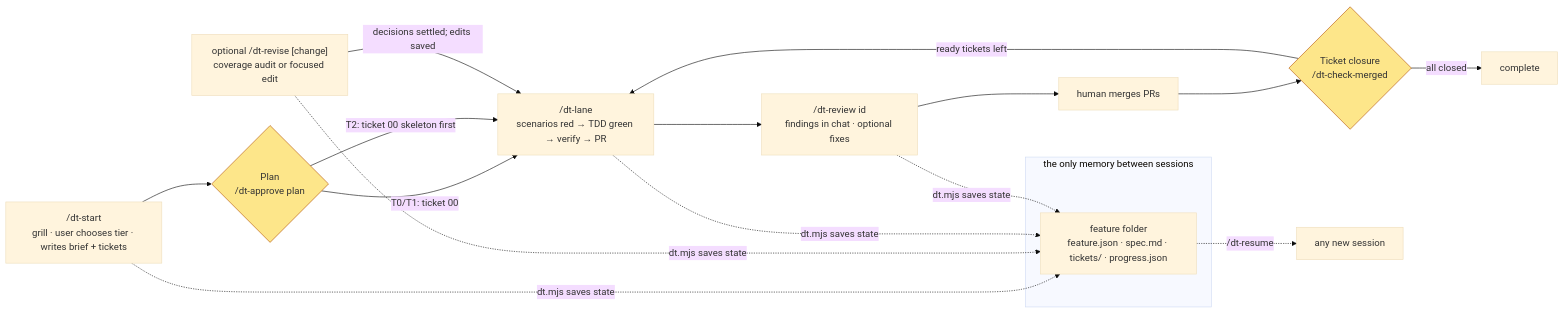
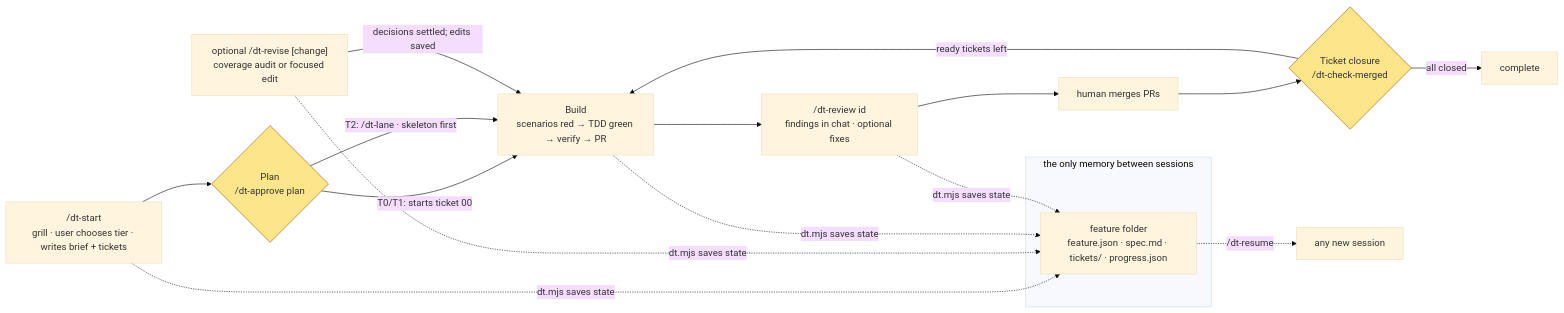
One commit to standuprey/dev-turbo changed the diagram in workflow.md. Above: the diagram before and after it, drawn with Mermaid (base theme). The commit also changed other lines of this file and 6 other files, not shown here.

````diff
--- a/workflow.md
+++ b/workflow.md
@@ -3,19 +3,19 @@
 ```mermaid
 flowchart LR
   G["/dt-start<br/>grill · user chooses tier · writes brief + tickets"] --> P{"Plan<br/>/dt-approve plan"}
-  P -->|"T0/T1: ticket 00"| L["/dt-lane<br/>scenarios red → TDD green → verify → PR"]
-  P -->|"T2: ticket 00 skeleton first"| L
+  P -->|"T0/T1: starts ticket 00"| L["Build<br/>scenarios red → TDD green → verify → PR"]
+  P -->|"T2: /dt-lane · skeleton first"| L
   L --> R["/dt-review id<br/>findings in chat · optional fixes"]
   R --> M["human merges PRs"]
   M --> C{"Ticket closure<br/>/dt-check-merged"}
   C -->|"ready tickets left"| L
   C -->|"all closed"| Done["complete"]
   V["optional /dt-revise [change]<br/>coverage audit or focused edit"] -->|"decisions settled; edits saved"| L
   subgraph memory["the only memory between sessions"]
     O["feature folder<br/>feature.json · spec.md · tickets/ · progress.json"]
   end
   G & V & L & R -.->|"dt.mjs saves state"| O
   O -.->|"/dt-resume"| X["any new session"]
   classDef gate fill:#fde68a,stroke:#b45309
   class P,C gate
 ```
````
